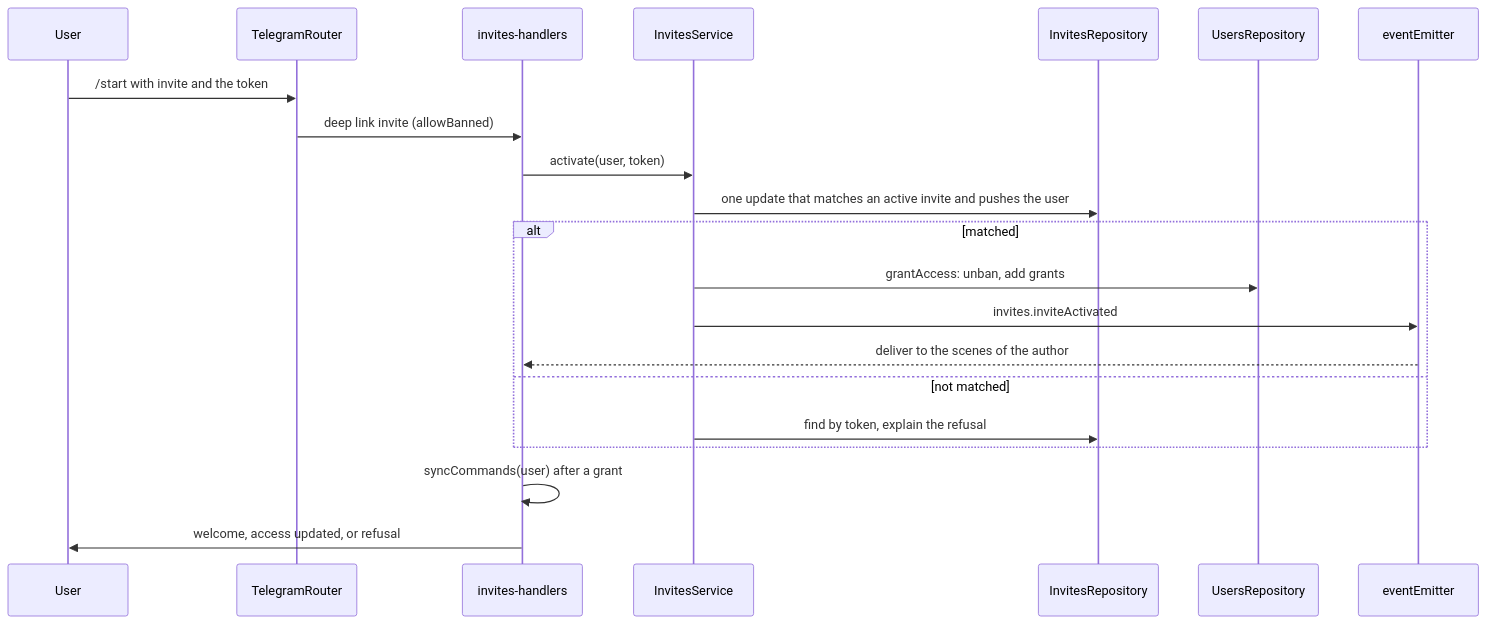
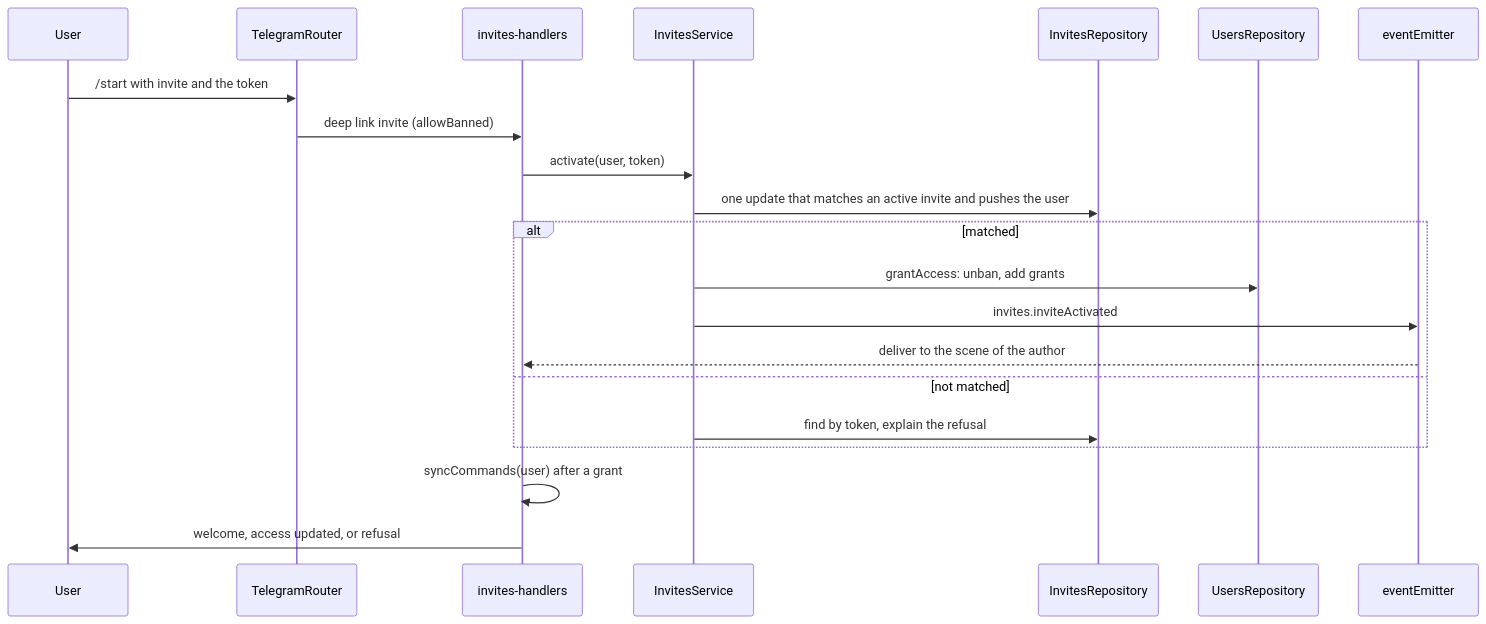
The first of 2 diagrams in apps/server/src/plugins/app/invites/README.md (ayuvlasenko/smart-assistant), drawn with Mermaid before and after one commit. The commit also changed other lines of this file and 10 other files, not shown here.

````diff
--- a/apps/server/src/plugins/app/invites/README.md
+++ b/apps/server/src/plugins/app/invites/README.md
@@ -21,24 +21,24 @@
 ```mermaid
 sequenceDiagram
     participant U as User
     participant R as TelegramRouter
     participant H as invites-handlers
     participant S as InvitesService
     participant I as InvitesRepository
     participant Us as UsersRepository
     participant E as eventEmitter
 
     U->>R: /start with invite and the token
     R->>H: deep link invite (allowBanned)
     H->>S: activate(user, token)
     S->>I: one update that matches an active invite and pushes the user
     alt matched
         S->>Us: grantAccess: unban, add grants
         S->>E: invites.inviteActivated
-        E-->>H: deliver to the scenes of the author
+        E-->>H: deliver to the scene of the author
     else not matched
         S->>I: find by token, explain the refusal
     end
     H->>H: syncCommands(user) after a grant
     H->>U: welcome, access updated, or refusal
 ```
````
